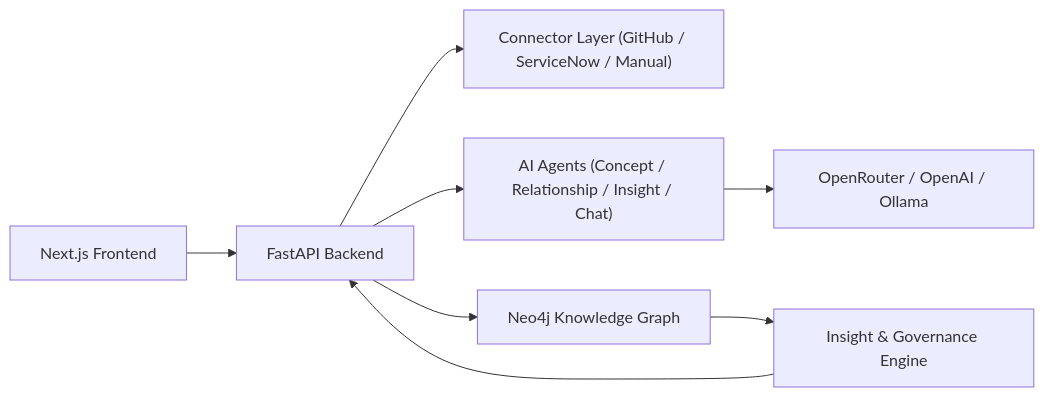
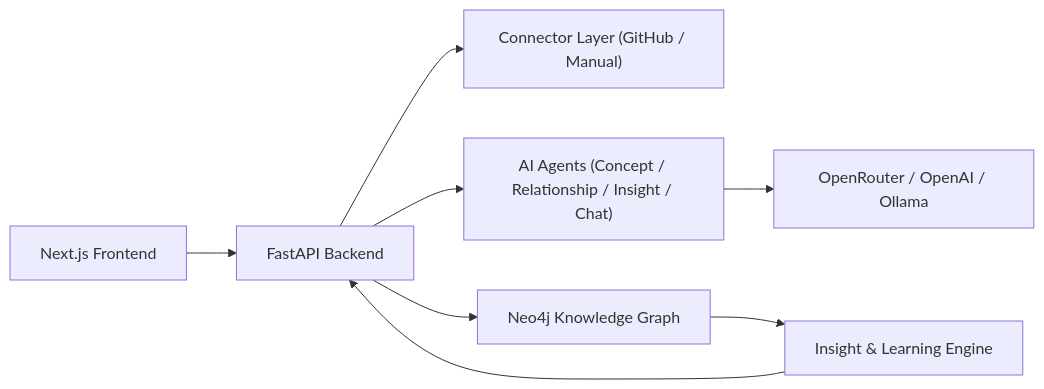
The diagram in README.md (sumant1122/prism), drawn with Mermaid before and after one commit. The commit also changed other lines of this file and 18 other files, not shown here.

````diff
--- a/README.md
+++ b/README.md
@@ -29,10 +33,10 @@
 ```mermaid
 flowchart LR
     UI["Next.js Frontend"] --> API["FastAPI Backend"]
-    API --> CONN["Connector Layer (GitHub / ServiceNow / Manual)"]
+    API --> CONN["Connector Layer (GitHub / Manual)"]
     API --> AGENTS["AI Agents (Concept / Relationship / Insight / Chat)"]
     AGENTS --> LLM["OpenRouter / OpenAI / Ollama"]
     API --> NEO["Neo4j Knowledge Graph"]
-    NEO --> INS["Insight & Governance Engine"]
+    NEO --> INS["Insight & Learning Engine"]
     INS --> API
 ```
````
